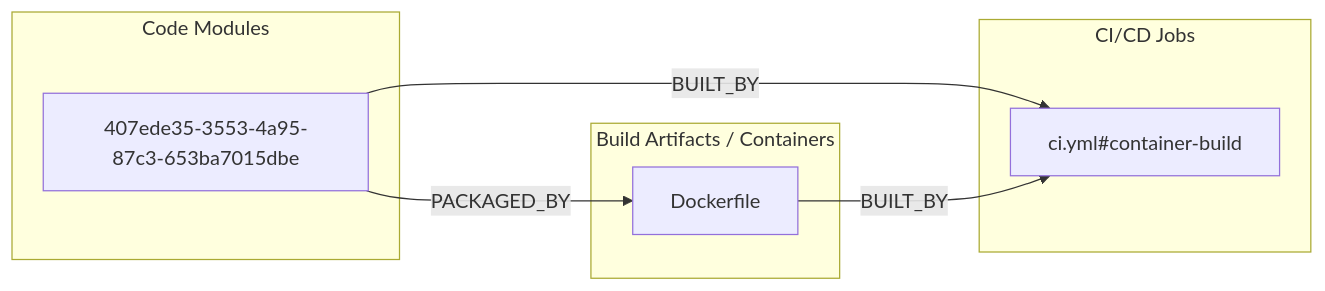
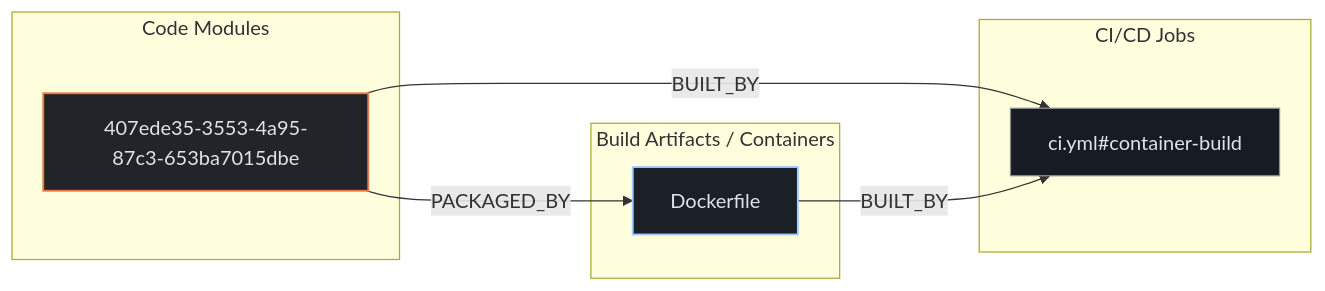
One commit to kumarshaz/atruss-code-atlas changed the second of 3 diagrams in exports/latest/reports/harness-mcp-server-report.md. Above: the diagram before and after it, drawn with Mermaid. The commit also changed other lines of this file and 331 other files, not shown here.

Commit message:
docs,ui,fix: update SDLC docs, reorder CI/CD DAG first, stylize Mermaid, and fix Arc42 pipeline topology

````diff
--- a/exports/latest/reports/harness-mcp-server-report.md
+++ b/exports/latest/reports/harness-mcp-server-report.md
@@ -172,15 +179,19 @@
 ```mermaid
 flowchart LR
+    classDef atlasCategory fill:#212428,stroke:#E87A48,stroke-width:1.5px,color:#dfe3eb
+    classDef atlasWorkflow fill:#1b2026,stroke:#a3c9ff,stroke-width:1.5px,color:#dfe3eb
+    classDef atlasJob fill:#171c22,stroke:#8d9199,stroke-width:1px,color:#dfe3eb
+    classDef atlasTarget fill:#005227,stroke:#8bd99b,stroke-width:1.5px,color:#a7f6b6
     subgraph code_modules["Code Modules"]
-        mod_407ede35_3553_4a95_87c3_653ba7015dbe["407ede35-3553-4a95-87c3-653ba7015dbe"]
+        mod_407ede35_3553_4a95_87c3_653ba7015dbe["407ede35-3553-4a95-87c3-653ba7015dbe"]:::atlasCategory
     end
     subgraph build_artifacts["Build Artifacts / Containers"]
-        art_Dockerfile["Dockerfile"]
+        art_Dockerfile["Dockerfile"]:::atlasWorkflow
     end
     subgraph ci_jobs["CI/CD Jobs"]
-        job_ci_yml_container_build["ci.yml#container-build"]
+        job_ci_yml_container_build["ci.yml#container-build"]:::atlasJob
     end
     mod_407ede35_3553_4a95_87c3_653ba7015dbe -->|BUILT_BY| job_ci_yml_container_build
     mod_407ede35_3553_4a95_87c3_653ba7015dbe -->|PACKAGED_BY| art_Dockerfile
     art_Dockerfile -->|BUILT_BY| job_ci_yml_container_build
 ```
````
